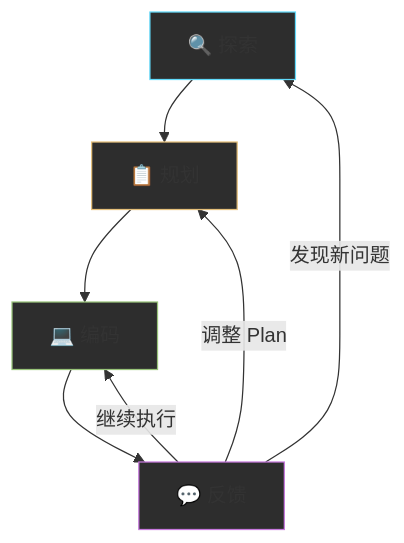
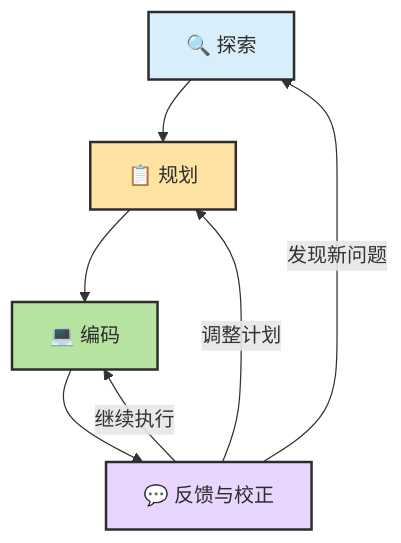
One commit to zht043/AgenticCodingTutorial changed the second of 2 diagrams in docs/chapters/ch07-plan-prompt.md. Above: the diagram before and after it, drawn with Mermaid. The commit also changed other lines of this file and 69 other files, not shown here.

Commit message:
optimize docs and add mermaid validation

````diff
--- a/docs/chapters/ch07-plan-prompt.md
+++ b/docs/chapters/ch07-plan-prompt.md
@@ -192,19 +188,17 @@
 ```mermaid
 flowchart TB
-    classDef explore fill:#2d2d2d,stroke:#61dafb
-    classDef plan fill:#2d2d2d,stroke:#e5c07b
-    classDef code fill:#2d2d2d,stroke:#98c379
-    classDef feedback fill:#2d2d2d,stroke:#c678dd
+    classDef explore fill:#d8eefb,stroke:#2d2d2d,stroke-width:2px,color:#2d2d2d
+    classDef plan fill:#ffe3a3,stroke:#2d2d2d,stroke-width:2px,color:#2d2d2d
+    classDef code fill:#b7e3a1,stroke:#2d2d2d,stroke-width:2px,color:#2d2d2d
+    classDef feedback fill:#e8d6ff,stroke:#2d2d2d,stroke-width:2px,color:#2d2d2d
 
     E["🔍 探索"]:::explore
     P["📋 规划"]:::plan
     C["💻 编码"]:::code
-    F["💬 反馈"]:::feedback
+    F["💬 反馈与校正"]:::feedback
 
-    E --> P
-    P --> C
-    C --> F
-    F -->|"调整 Plan"| P
+    E --> P --> C --> F
+    F -->|"调整计划"| P
     F -->|"继续执行"| C
     F -->|"发现新问题"| E
 ```
````
